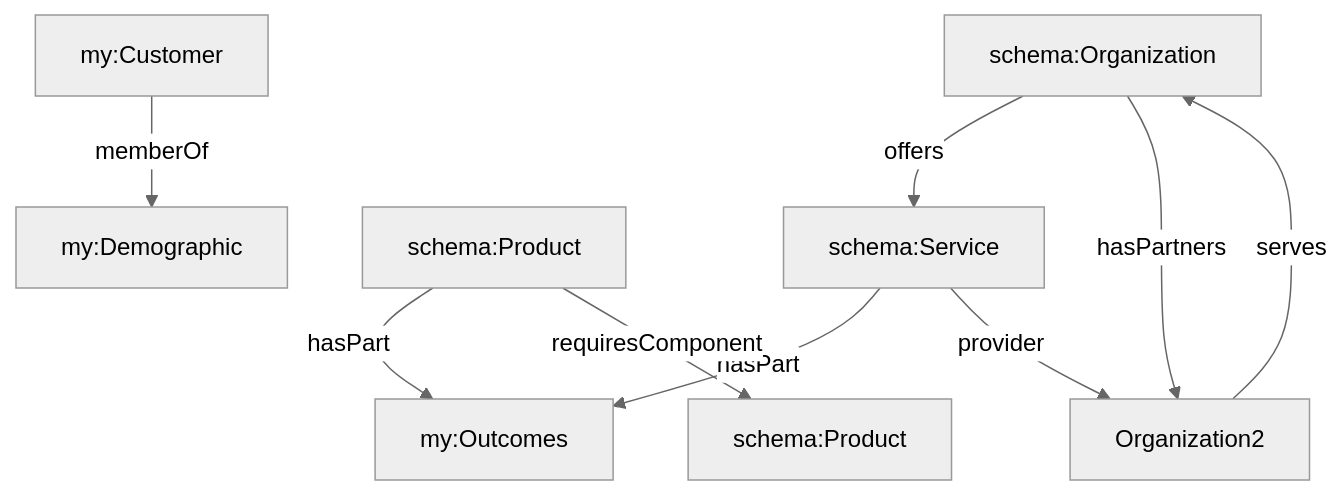
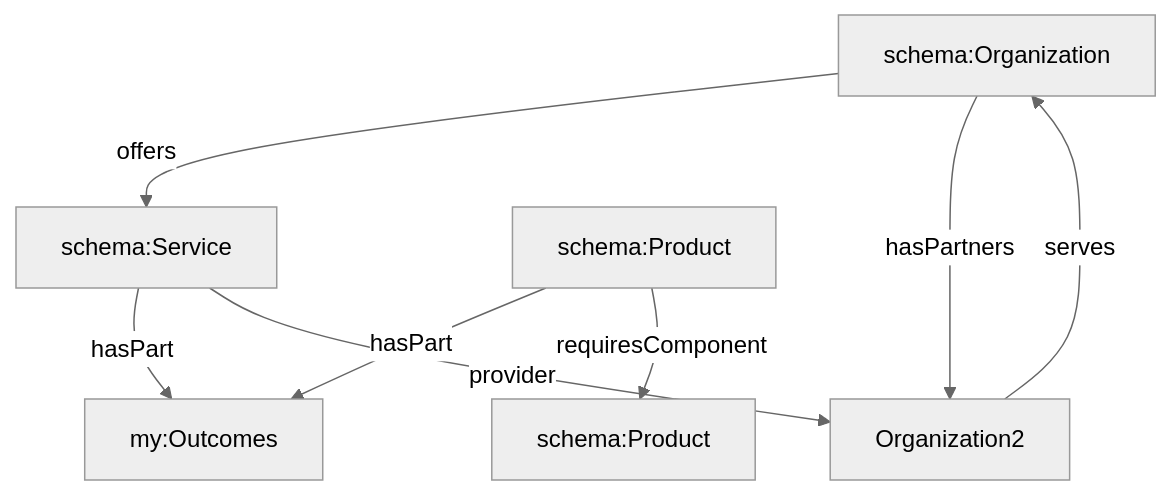
The diagram in www/content/paper/index.md (fact-claims/fact.claims), drawn with Mermaid (neutral theme) before and after one commit.

````diff
--- a/www/content/paper/index.md
+++ b/www/content/paper/index.md
@@ -78,11 +78,10 @@
 ```mermaid
 graph TB;
   Organization["schema:Organization"] -->|offers| Services["schema:Service"]
   Products["schema:Product"] -->|hasPart| Outcomes["my:Outcomes"]
   Services -->|hasPart| Outcomes
   Products -->|requiresComponent| SupplyChain["schema:Product"]
   Services -->|provider| Organization2
   Organization -->|hasPartners| Organization2
   Organization2 -->|serves| Organization["schema:Organization"]
-  my:Customer -->|memberOf| my:Demographic
 ```
````
